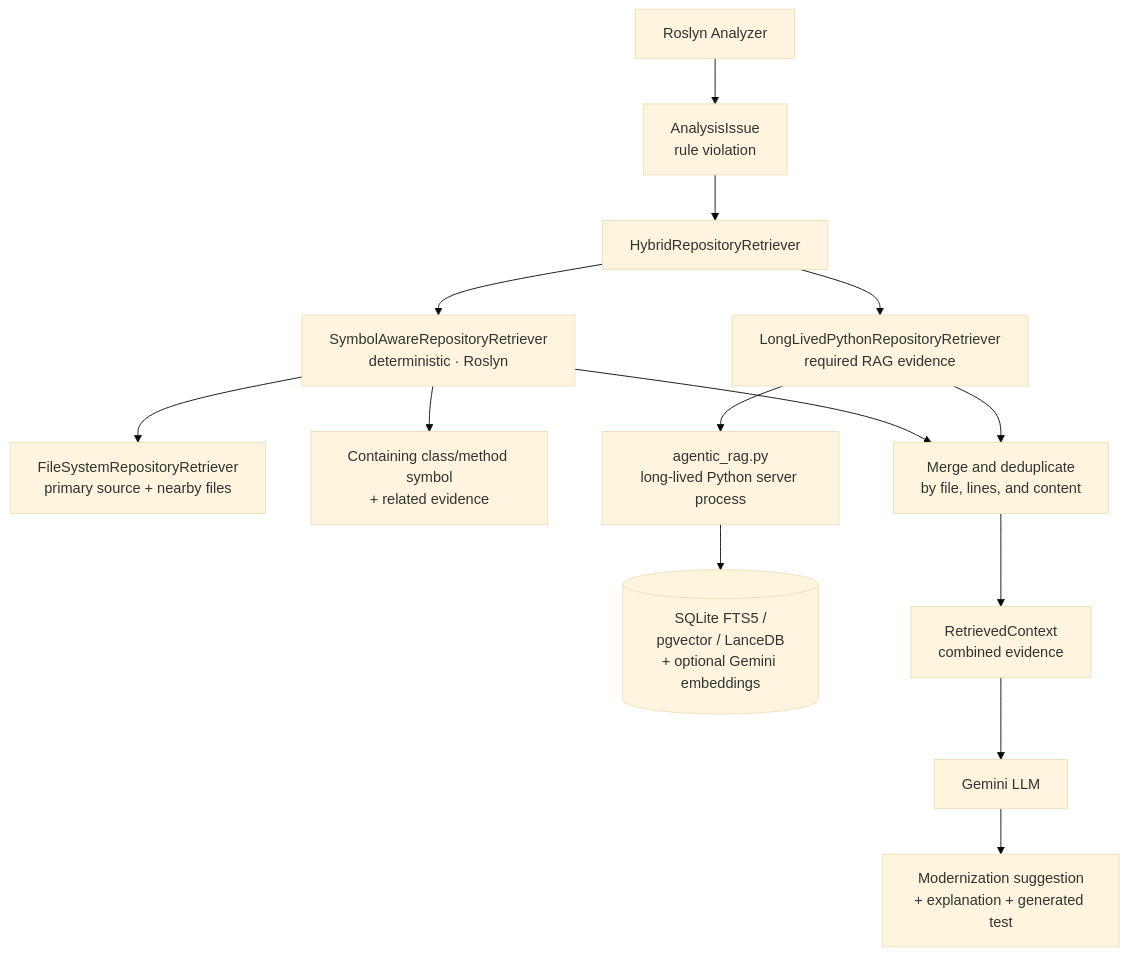
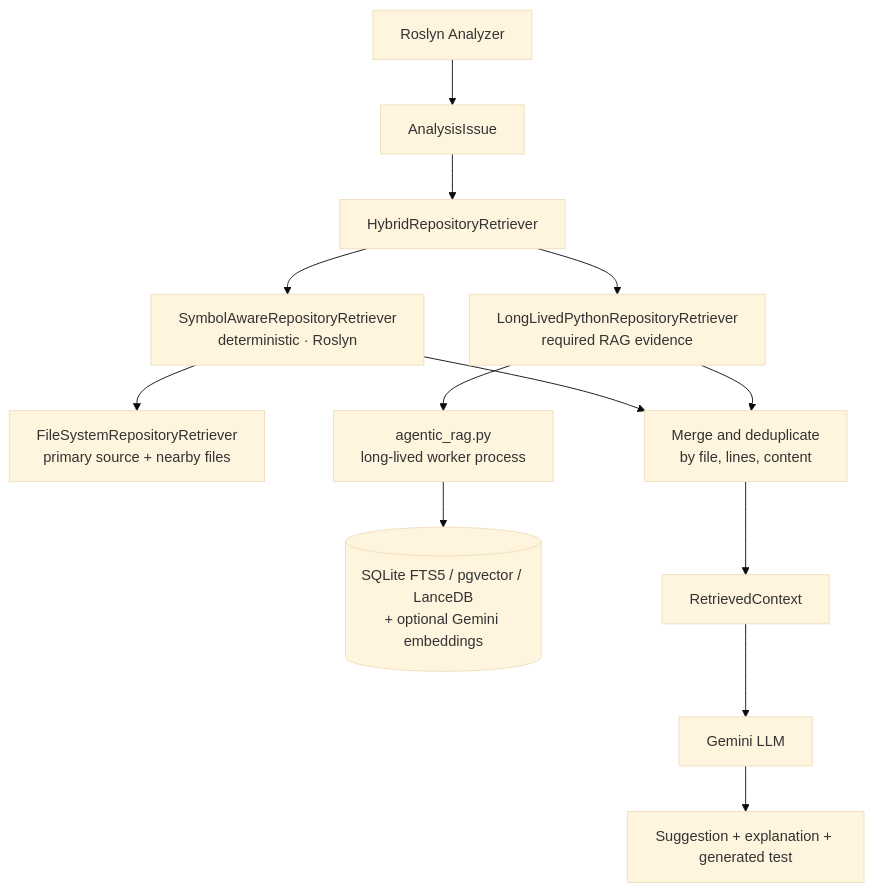
Before and after one commit to shreerachanaa1010-spec/legacy-modernization-copilot: the second of 2 diagrams in README.md, drawn with Mermaid (base theme). The commit also changed other lines of this file and 5 other files, not shown here.

````diff
--- a/README.md
+++ b/README.md
@@ -71,20 +100,15 @@
 ```mermaid
 flowchart TD
-  Analyzer[Roslyn Analyzer] --> Issue[AnalysisIssue<br/>rule violation]
+  Analyzer[Roslyn Analyzer] --> Issue[AnalysisIssue]
   Issue --> Hybrid[HybridRepositoryRetriever]
-
   Hybrid --> Symbol[SymbolAwareRepositoryRetriever<br/>deterministic · Roslyn]
   Hybrid --> Python[LongLivedPythonRepositoryRetriever<br/>required RAG evidence]
-
   Symbol --> FS[FileSystemRepositoryRetriever<br/>primary source + nearby files]
-  Symbol --> Symbols[Containing class/method symbol<br/>+ related evidence]
-
-  Python --> Agent[agentic_rag.py<br/>long-lived Python server process]
-  Agent --> Stores[(SQLite FTS5 /<br/>pgvector / LanceDB<br/>+ optional Gemini embeddings)]
-  Symbol --> Merge[Merge and deduplicate<br/>by file, lines, and content]
+  Python --> Agent[agentic_rag.py<br/>long-lived worker process]
+  Agent --> Stores[(SQLite FTS5 / pgvector / LanceDB<br/>+ optional Gemini embeddings)]
+  Symbol --> Merge[Merge and deduplicate<br/>by file, lines, content]
   Python --> Merge
-
-  Merge --> Context[RetrievedContext<br/>combined evidence]
+  Merge --> Context[RetrievedContext]
   Context --> LLM[Gemini LLM]
-  LLM --> Suggestion[Modernization suggestion<br/>+ explanation + generated test]
+  LLM --> Suggestion[Suggestion + explanation + generated test]
 ```
````
